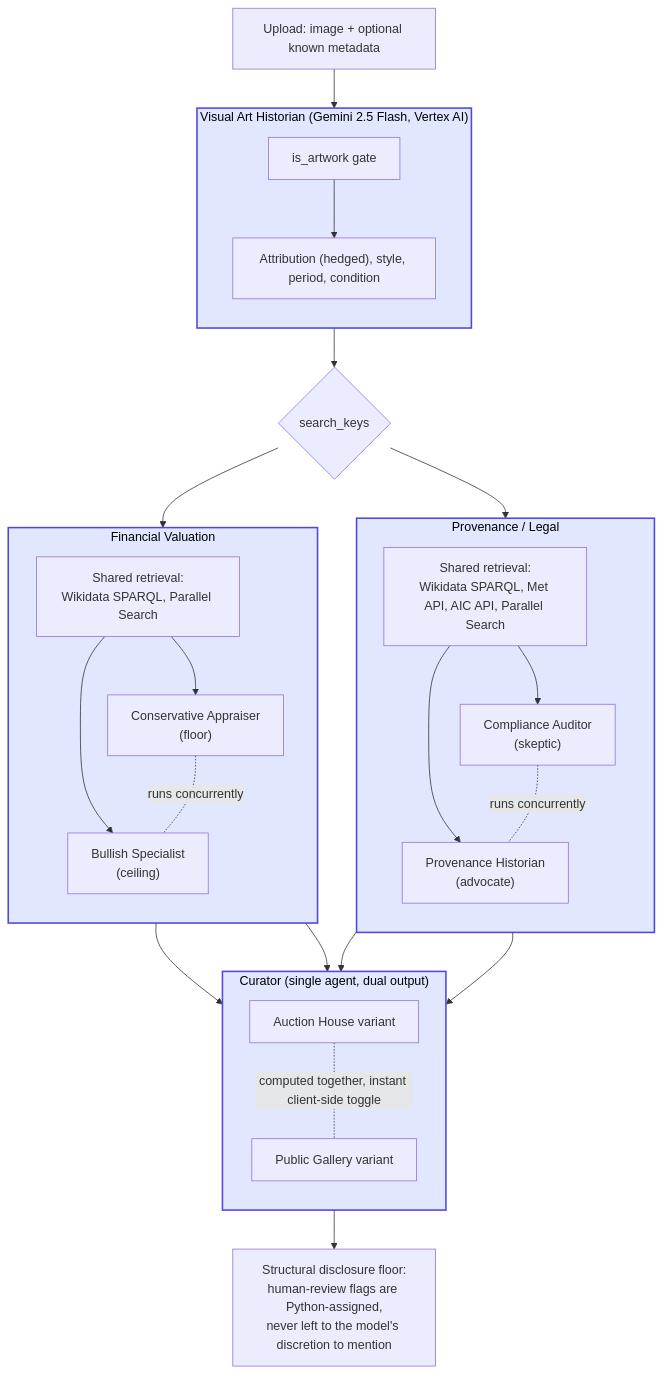
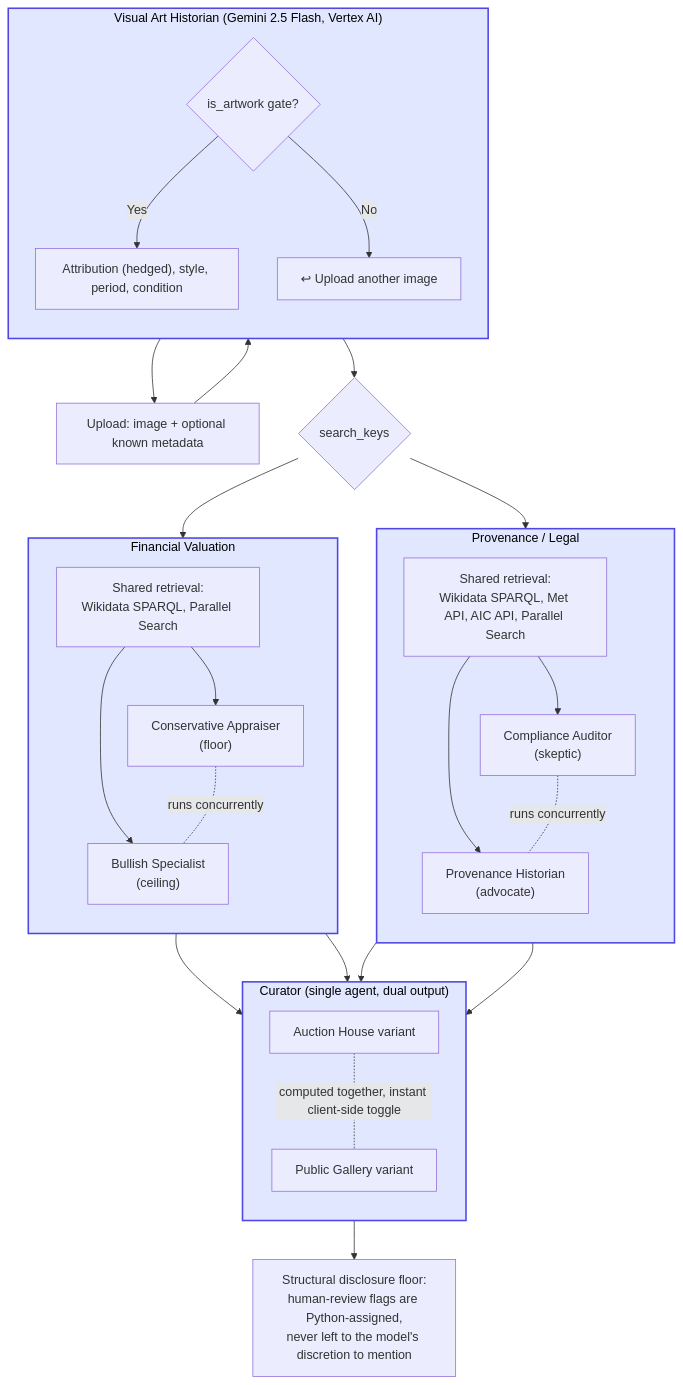
One commit to sl2902/argents changed the diagram in README.md. Above: the diagram before and after it, drawn with Mermaid.

Commit message:
fix loopback in mermaid

````diff
--- a/README.md
+++ b/README.md
@@ -57,50 +57,53 @@
 ```mermaid
 flowchart TD
-    A["Upload: image + optional known metadata"] --> B
+A["Upload: image + optional known metadata"] --> B
 
-    subgraph B["Visual Art Historian (Gemini 2.5 Flash, Vertex AI)"]
-        direction TB
-        B0["is_artwork gate"]
-        B1["Attribution (hedged), style, period, condition"]
-        B0 --> B1
-    end
+subgraph B["Visual Art Historian (Gemini 2.5 Flash, Vertex AI)"]
+    direction TB
+    B0{"is_artwork gate?"}
+    B1["Attribution (hedged), style, period, condition"]
 
-    B --> C{"search_keys"}
-    C --> D
-    C --> E
+    B0 -->|Yes| B1
+    B0 -->|No| R["↩ Upload another image"]
+end
 
-    subgraph D["Provenance / Legal"]
-        direction TB
-        D0["Shared retrieval:<br/>Wikidata SPARQL, Met API, AIC API, Parallel Search"]
-        D0 --> D1["Compliance Auditor<br/>(skeptic)"]
-        D0 --> D2["Provenance Historian<br/>(advocate)"]
-        D1 -.runs concurrently.- D2
-    end
+R --> A
+B1 --> C{"search_keys"}
+C --> D
+C --> E
 
-    subgraph E["Financial Valuation"]
-        direction TB
-        E0["Shared retrieval:<br/>Wikidata SPARQL, Parallel Search"]
-        E0 --> E1["Conservative Appraiser<br/>(floor)"]
-        E0 --> E2["Bullish Specialist<br/>(ceiling)"]
-        E1 -.runs concurrently.- E2
-    end
+subgraph D["Provenance / Legal"]
+    direction TB
+    D0["Shared retrieval:<br/>Wikidata SPARQL, Met API, AIC API, Parallel Search"]
+    D0 --> D1["Compliance Auditor<br/>(skeptic)"]
+    D0 --> D2["Provenance Historian<br/>(advocate)"]
+    D1 -.runs concurrently.- D2
+end
 
-    D1 --> F
-    D2 --> F
-    E1 --> F
-    E2 --> F
+subgraph E["Financial Valuation"]
+    direction TB
+    E0["Shared retrieval:<br/>Wikidata SPARQL, Parallel Search"]
+    E0 --> E1["Conservative Appraiser<br/>(floor)"]
+    E0 --> E2["Bullish Specialist<br/>(ceiling)"]
+    E1 -.runs concurrently.- E2
+end
 
-    subgraph F["Curator (single agent, dual output)"]
-        direction TB
-        F0["Auction House variant"]
-        F1["Public Gallery variant"]
-        F0 -.computed together, instant client-side toggle.- F1
-    end
+D1 --> F
+D2 --> F
+E1 --> F
+E2 --> F
 
-    F --> G["Structural disclosure floor:<br/>human-review flags are Python-assigned,<br/>never left to the model's discretion to mention"]
+subgraph F["Curator (single agent, dual output)"]
+    direction TB
+    F0["Auction House variant"]
+    F1["Public Gallery variant"]
+    F0 -.computed together, instant client-side toggle.- F1
+end
 
-    style B fill:#E0E7FF,stroke:#4F46E5,stroke-width:2px,color:#000000
-    style D fill:#E0E7FF,stroke:#4F46E5,stroke-width:2px,color:#000000
-    style E fill:#E0E7FF,stroke:#4F46E5,stroke-width:2px,color:#000000
-    style F fill:#E0E7FF,stroke:#4F46E5,stroke-width:2px,color:#000000
+F --> G["Structural disclosure floor:<br/>human-review flags are Python-assigned,<br/>never left to the model's discretion to mention"]
+
+style B fill:#E0E7FF,stroke:#4F46E5,stroke-width:2px,color:#000000
+style D fill:#E0E7FF,stroke:#4F46E5,stroke-width:2px,color:#000000
+style E fill:#E0E7FF,stroke:#4F46E5,stroke-width:2px,color:#000000
+style F fill:#E0E7FF,stroke:#4F46E5,stroke-width:2px,color:#000000
 ```
````
